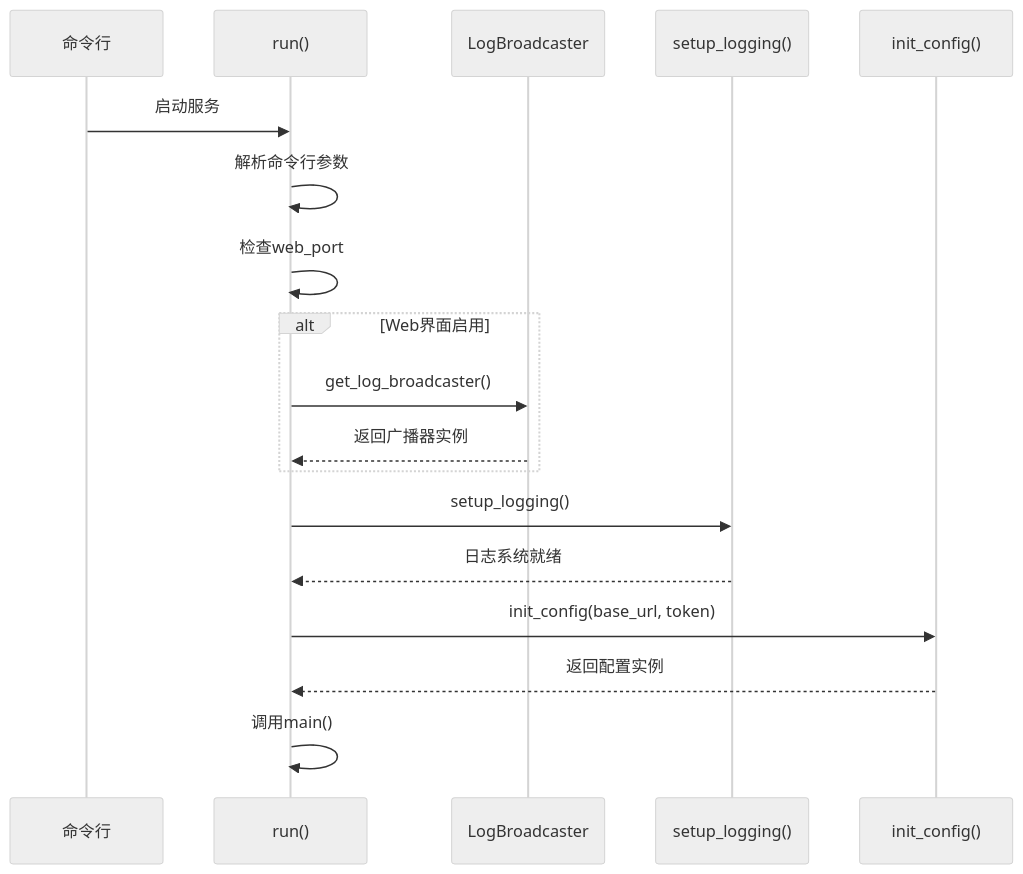
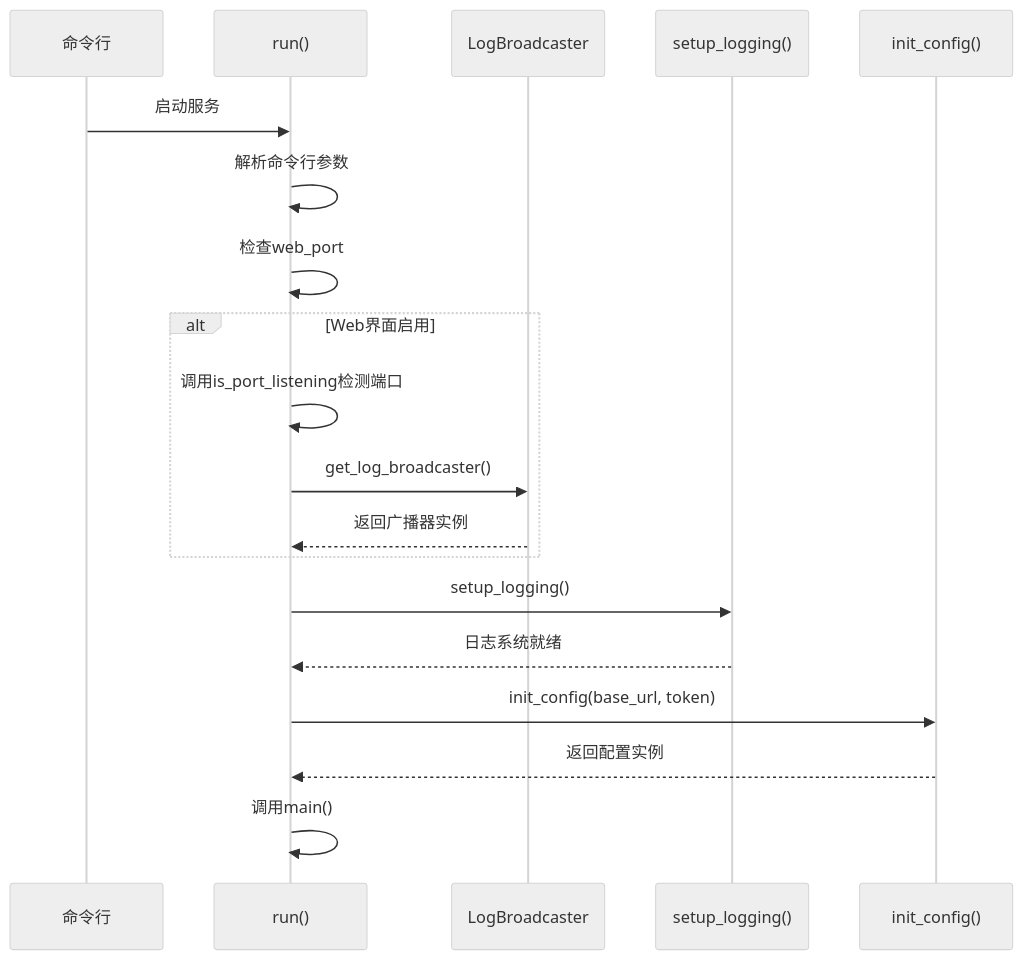
The second of 5 diagrams in .qoder/repowiki/zh/content/核心架构与设计/服务启动流程.md (gittool/acemcp), drawn with Mermaid (neutral theme) before and after one commit. The commit also changed other lines of this file and 3 other files, not shown here.

````diff
--- a/.qoder/repowiki/zh/content/核心架构与设计/服务启动流程.md
+++ b/.qoder/repowiki/zh/content/核心架构与设计/服务启动流程.md
@@ -59,20 +73,21 @@
 ```mermaid
 sequenceDiagram
 participant CLI as 命令行
 participant Run as run()
 participant LogBroadcaster as LogBroadcaster
 participant Logging as setup_logging()
 participant Config as init_config()
 CLI->>Run : 启动服务
 Run->>Run : 解析命令行参数
 Run->>Run : 检查web_port
 alt Web界面启用
+Run->>Run : 调用is_port_listening检测端口
 Run->>LogBroadcaster : get_log_broadcaster()
 LogBroadcaster-->>Run : 返回广播器实例
 end
 Run->>Logging : setup_logging()
 Logging-->>Run : 日志系统就绪
 Run->>Config : init_config(base_url, token)
 Config-->>Run : 返回配置实例
 Run->>Run : 调用main()
 ```
````
